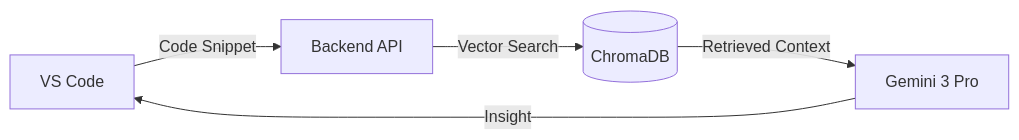
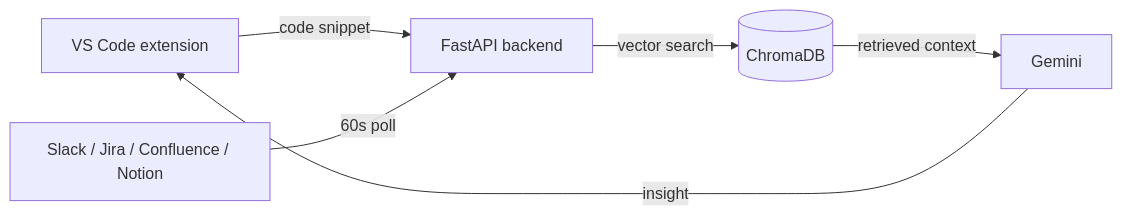
The diagram in README.md (AkashNaickar/ContextSync), drawn with Mermaid before and after one commit. The commit also changed other lines of this file and 47 other files, not shown here.

````diff
--- a/README.md
+++ b/README.md
@@ -25,7 +30,8 @@
 ```mermaid
 graph LR
-    IDE[VS Code] -->|Code Snippet| API[Backend API]
-    API -->|Vector Search| DB[(ChromaDB)]
-    DB -->|Retrieved Context| LLM[Gemini 3 Pro]
-    LLM -->|Insight| IDE
+    IDE[VS Code extension] -->|code snippet| API[FastAPI backend]
+    API -->|vector search| DB[(ChromaDB)]
+    SRC[Slack / Jira / Confluence / Notion] -->|60s poll| API
+    DB -->|retrieved context| LLM[Gemini]
+    LLM -->|insight| IDE
 ```
````
